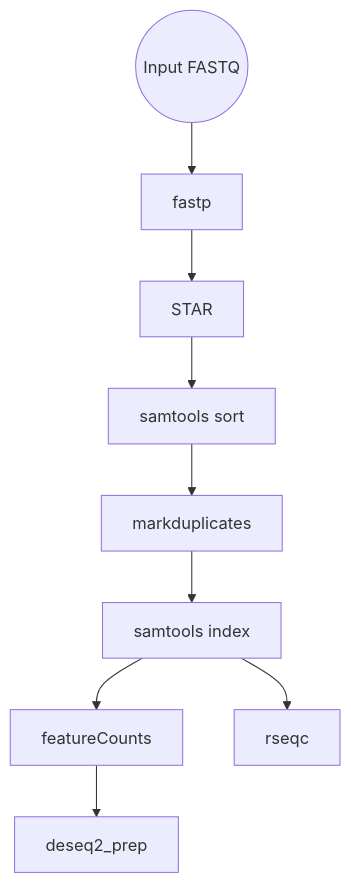
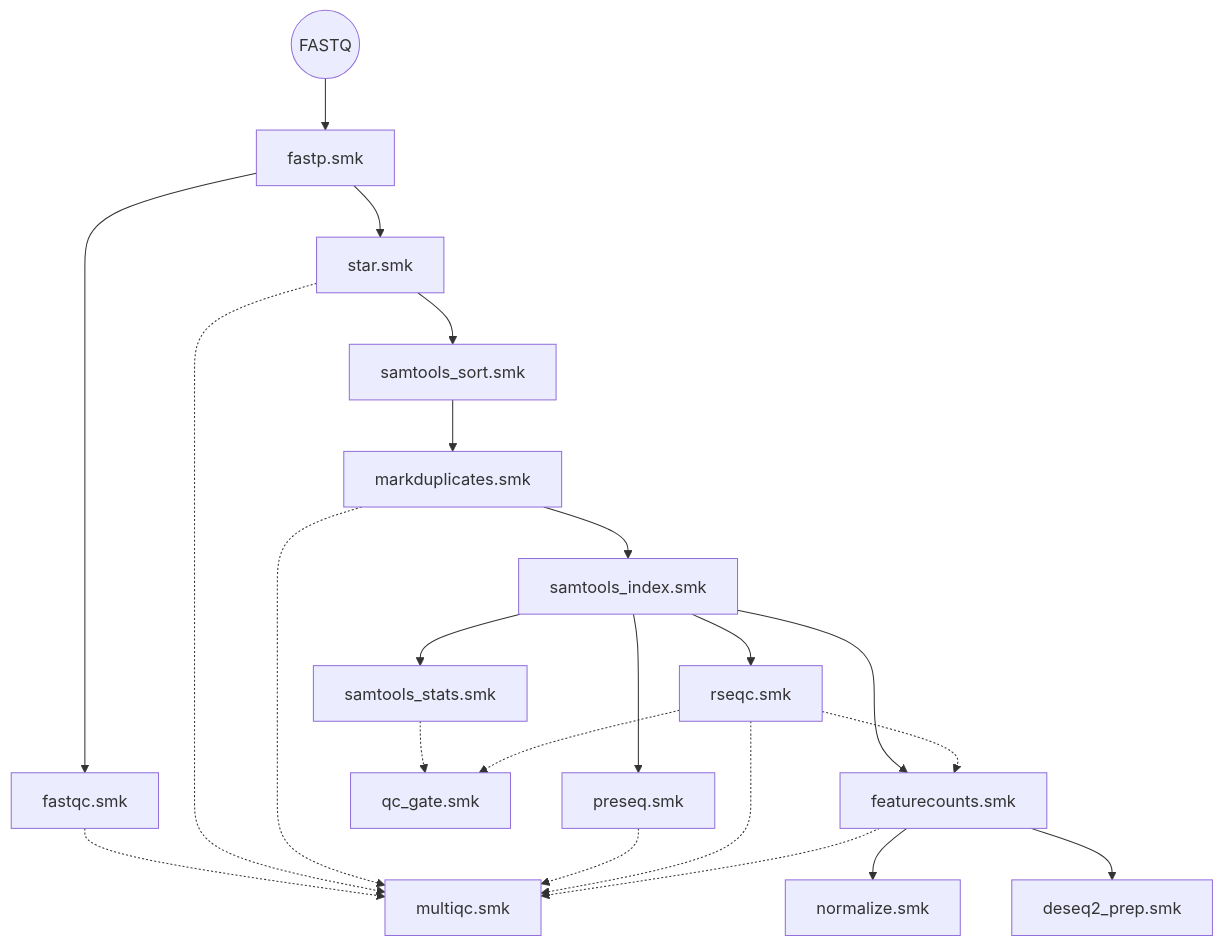
Before and after one commit to BDB-Genomics/bdb-rnaseq: the diagram in rules/README.md, drawn with Mermaid. The commit also changed other lines of this file and 7 other files, not shown here.

````diff
--- a/rules/README.md
+++ b/rules/README.md
@@ -11,11 +9,24 @@
 ```mermaid
 graph TD
-    A((Input FASTQ)) --> B[fastp]
-    B --> C[STAR]
-    C --> D[samtools sort]
-    D --> E[markduplicates]
-    E --> F[samtools index]
-    F --> G[featureCounts]
-    F --> H[rseqc]
-    G --> I[deseq2_prep]
+    A((FASTQ)) --> B[fastp.smk]
+    B --> C[fastqc.smk]
+    B --> D[star.smk]
+    D --> E[samtools_sort.smk]
+    E --> F[markduplicates.smk]
+    F --> G[samtools_index.smk]
+    G --> H[featurecounts.smk]
+    G --> I[rseqc.smk]
+    G --> J[samtools_stats.smk]
+    G --> K[preseq.smk]
+    I -.-> H
+    H --> L[normalize.smk]
+    H --> M[deseq2_prep.smk]
+    J -.-> N[qc_gate.smk]
+    I -.-> N
+    C -.-> O[multiqc.smk]
+    D -.-> O
+    F -.-> O
+    K -.-> O
+    I -.-> O
+    H -.-> O
 ```
````
